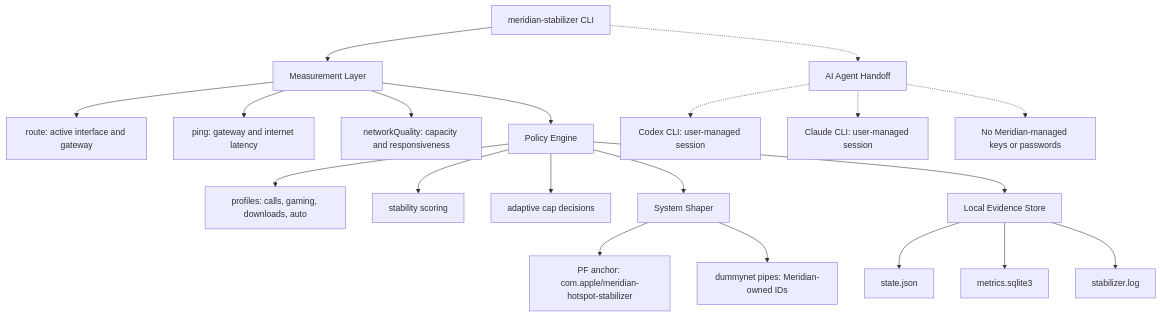
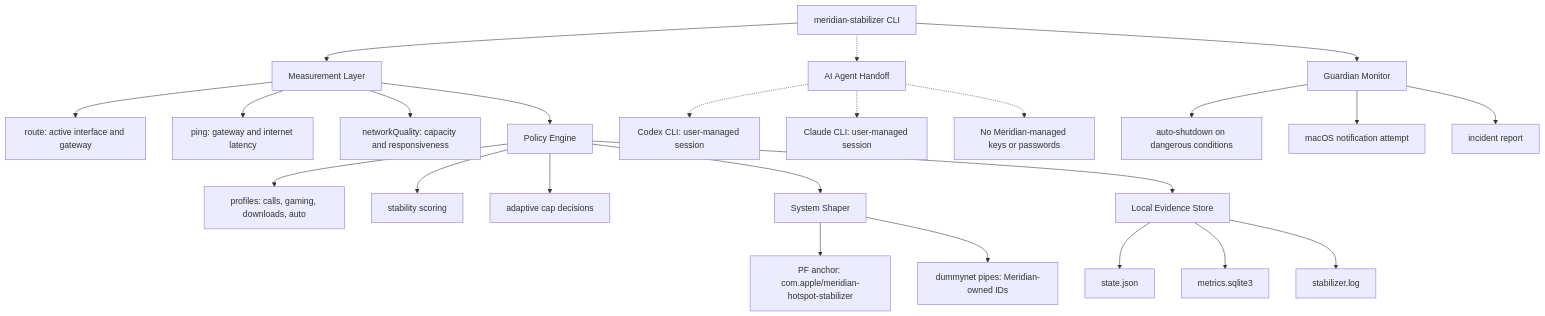
One commit to benchbrex-USA/Meridian-Hotspot-Stabilizer changed the diagram in README.md. Above: the diagram before and after it, drawn with Mermaid. The commit also changed other lines of this file and 6 other files, not shown here.

Commit message:
add guardian auto-shutdown

````diff
--- a/README.md
+++ b/README.md
@@ -42,22 +43,26 @@
 ```mermaid
 flowchart TD
     A["meridian-stabilizer CLI"] --> B["Measurement Layer"]
     B --> B1["route: active interface and gateway"]
     B --> B2["ping: gateway and internet latency"]
     B --> B3["networkQuality: capacity and responsiveness"]
     B --> C["Policy Engine"]
     C --> C1["profiles: calls, gaming, downloads, auto"]
     C --> C2["stability scoring"]
     C --> C3["adaptive cap decisions"]
     C --> D["System Shaper"]
     D --> D1["PF anchor: com.apple/meridian-hotspot-stabilizer"]
     D --> D2["dummynet pipes: Meridian-owned IDs"]
     C --> E["Local Evidence Store"]
     E --> E1["state.json"]
     E --> E2["metrics.sqlite3"]
     E --> E3["stabilizer.log"]
     A -.-> F["AI Agent Handoff"]
     F -.-> F1["Codex CLI: user-managed session"]
     F -.-> F2["Claude CLI: user-managed session"]
     F -.-> F3["No Meridian-managed keys or passwords"]
+    A --> G["Guardian Monitor"]
+    G --> G1["auto-shutdown on dangerous conditions"]
+    G --> G2["macOS notification attempt"]
+    G --> G3["incident report"]
 ```
````
